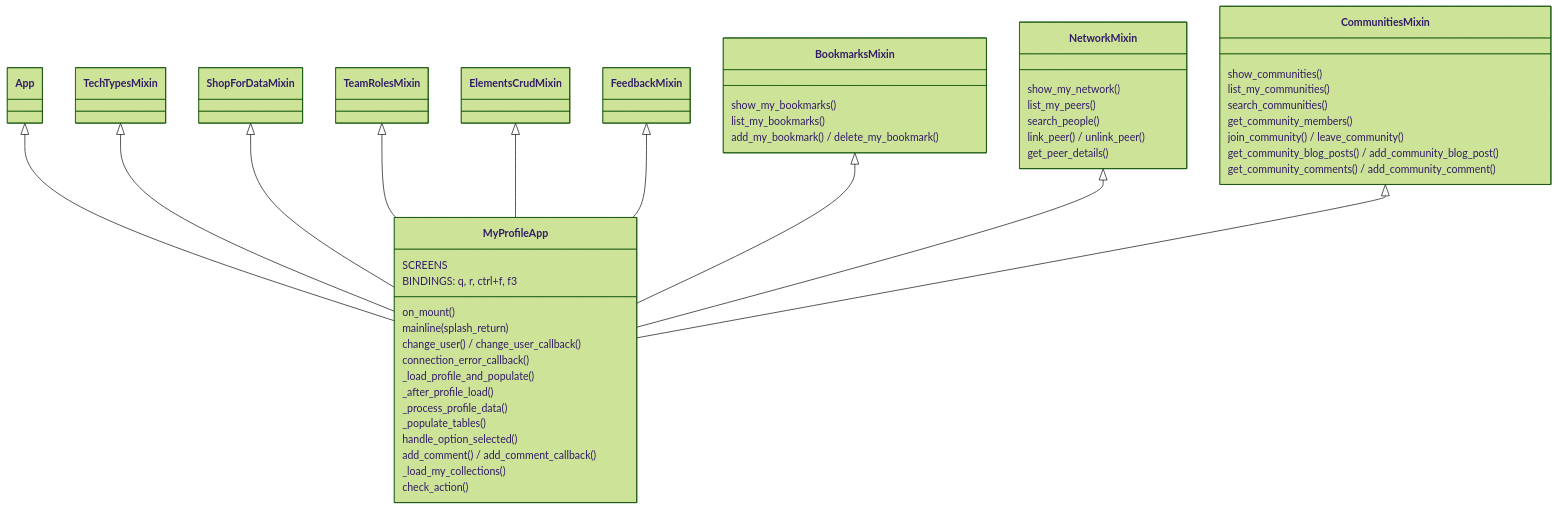
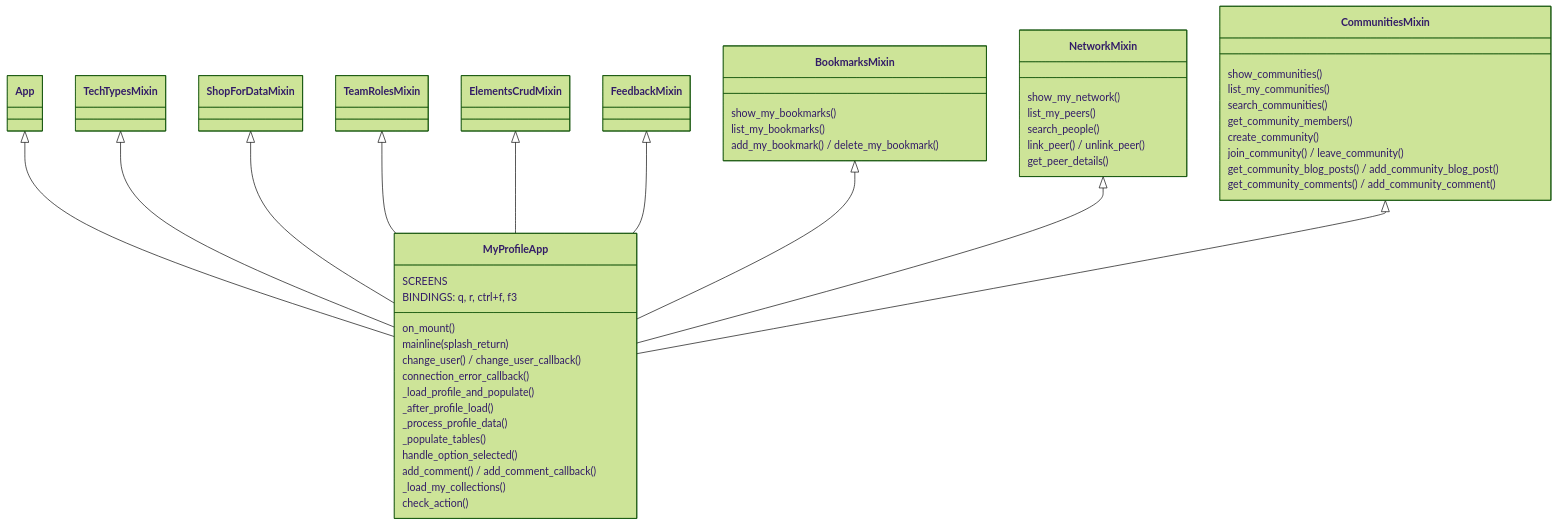
Before and after one commit to odpi/egeria-python: the first of 10 diagrams in docs/My-Egeria-Doc.md, drawn with Mermaid (forest theme). The commit also changed other lines of this file and 42 other files, not shown here.

````diff
--- a/docs/My-Egeria-Doc.md
+++ b/docs/My-Egeria-Doc.md
@@ -46,55 +46,56 @@
 ```mermaid
 classDiagram
     class App
     class MyProfileApp {
         SCREENS
         BINDINGS: q, r, ctrl+f, f3
         on_mount()
         mainline(splash_return)
         change_user() / change_user_callback()
         connection_error_callback()
         _load_profile_and_populate()
         _after_profile_load()
         _process_profile_data()
         _populate_tables()
         handle_option_selected()
         add_comment() / add_comment_callback()
         _load_my_collections()
         check_action()
     }
     class TechTypesMixin
     class ShopForDataMixin
     class TeamRolesMixin
     class ElementsCrudMixin
     class FeedbackMixin
     class BookmarksMixin {
         show_my_bookmarks()
         list_my_bookmarks()
         add_my_bookmark() / delete_my_bookmark()
     }
     class NetworkMixin {
         show_my_network()
         list_my_peers()
         search_people()
         link_peer() / unlink_peer()
         get_peer_details()
     }
     class CommunitiesMixin {
         show_communities()
         list_my_communities()
         search_communities()
         get_community_members()
+        create_community()
         join_community() / leave_community()
         get_community_blog_posts() / add_community_blog_post()
         get_community_comments() / add_community_comment()
     }
     App <|-- MyProfileApp
     TechTypesMixin <|-- MyProfileApp
     ShopForDataMixin <|-- MyProfileApp
     TeamRolesMixin <|-- MyProfileApp
     ElementsCrudMixin <|-- MyProfileApp
     FeedbackMixin <|-- MyProfileApp
     BookmarksMixin <|-- MyProfileApp
     NetworkMixin <|-- MyProfileApp
     CommunitiesMixin <|-- MyProfileApp
 ```
````
